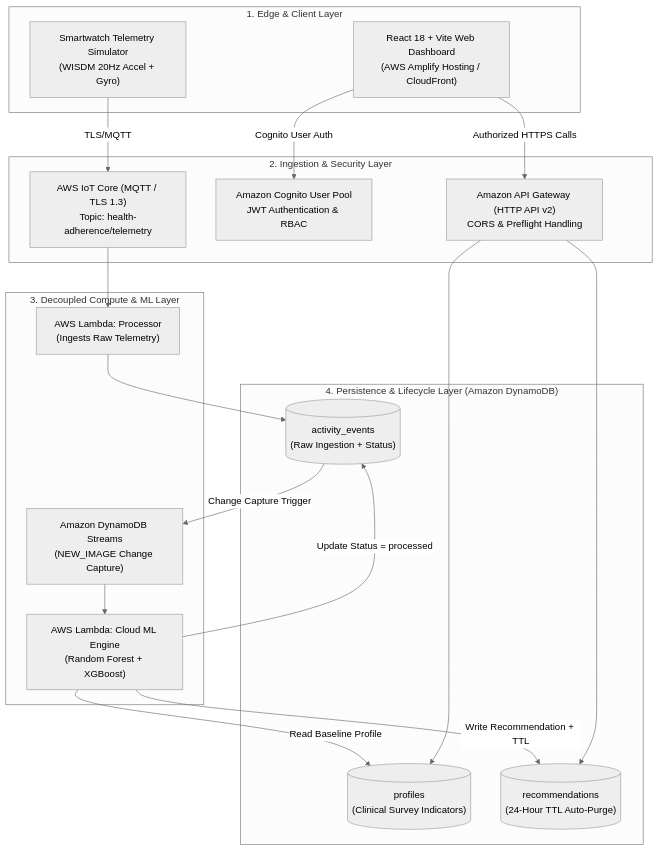
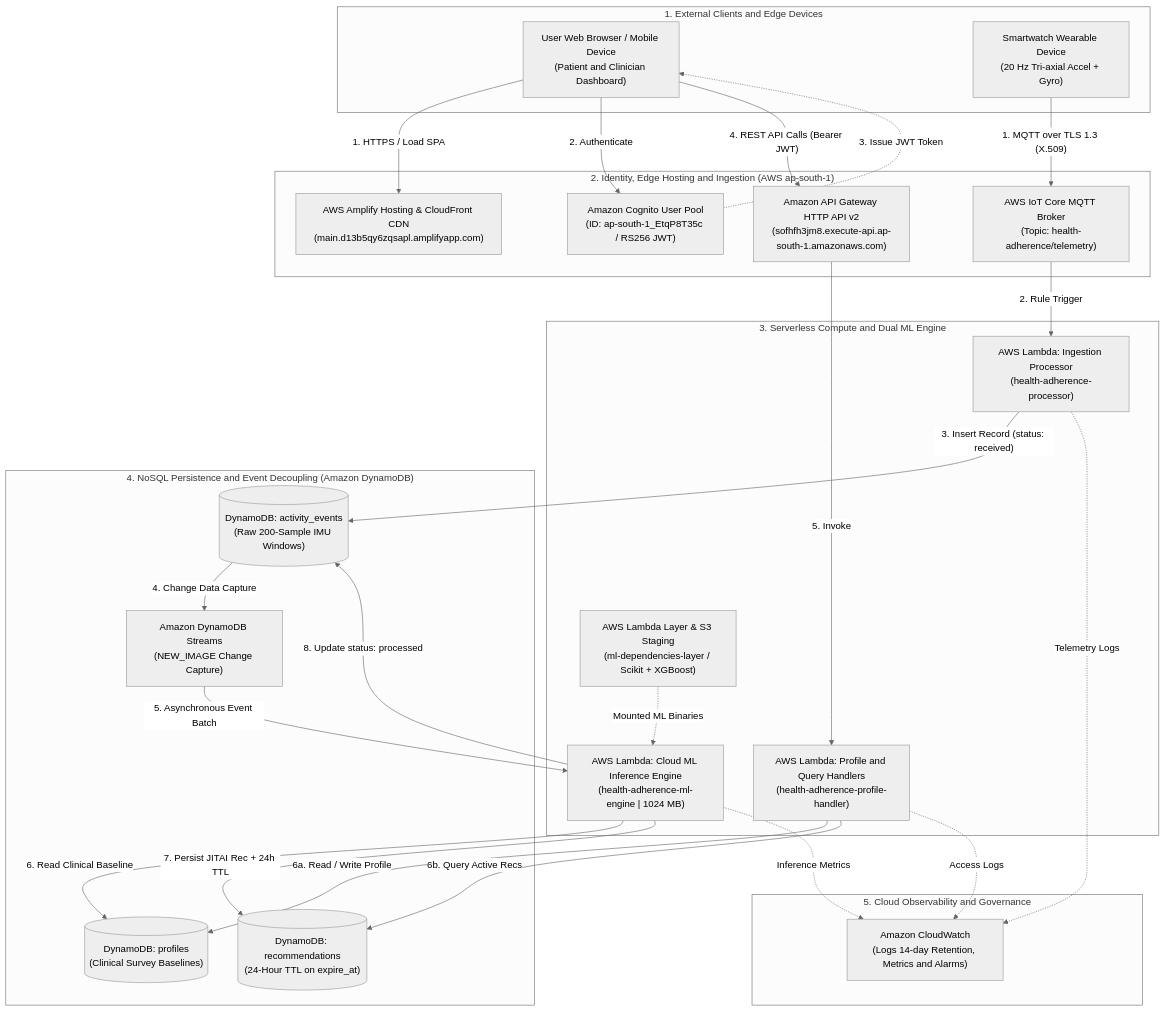
The first of 4 diagrams in docs/FINAL_REVIEW_REPORT.md (keerthika194/Behaviour-Aware-Preventive-Healthcare-Recommendation-System-on-AWS), drawn with Mermaid (neutral theme) before and after one commit. The commit also changed other lines of this file, not shown here.

Commit message:
docs: author Section 5.2 (Cloud Deployment Architecture) and Section 5.3 (Complete System Workflow) with simple and clean Mermaid diagrams and end-to-end explanations

````diff
--- a/docs/FINAL_REVIEW_REPORT.md
+++ b/docs/FINAL_REVIEW_REPORT.md
@@ -349,41 +280,64 @@
 ```mermaid
 flowchart TD
-    subgraph ClientLayer ["1. Edge & Client Layer"]
-        WatchSim["Smartwatch Telemetry Simulator\n(WISDM 20Hz Accel + Gyro)"]
-        SPA["React 18 + Vite Web Dashboard\n(AWS Amplify Hosting / CloudFront)"]
+    %% 1. External Systems & Clients
+    subgraph Clients ["1. External Clients and Edge Devices"]
+        Browser["User Web Browser / Mobile Device<br>(Patient and Clinician Dashboard)"]
+        Smartwatch["Smartwatch Wearable Device<br>(20 Hz Tri-axial Accel + Gyro)"]
     end
 
-    subgraph IngestionLayer ["2. Ingestion & Security Layer"]
-        IoTCore["AWS IoT Core (MQTT / TLS 1.3)\nTopic: health-adherence/telemetry"]
-        Cognito["Amazon Cognito User Pool\nJWT Authentication & RBAC"]
-        APIGW["Amazon API Gateway (HTTP API v2)\nCORS & Preflight Handling"]
+    %% 2. Ingress & Security Gateway
+    subgraph Ingress ["2. Identity, Edge Hosting and Ingestion (AWS ap-south-1)"]
+        Amplify["AWS Amplify Hosting & CloudFront CDN<br>(main.d13b5qy6zqsapl.amplifyapp.com)"]
+        Cognito["Amazon Cognito User Pool<br>(ID: ap-south-1_EtqP8T35c / RS256 JWT)"]
+        APIGW["Amazon API Gateway HTTP API v2<br>(sofhfh3jm8.execute-api.ap-south-1.amazonaws.com)"]
+        IoTCore["AWS IoT Core MQTT Broker<br>(Topic: health-adherence/telemetry)"]
     end
 
-    subgraph ProcessingLayer ["3. Decoupled Compute & ML Layer"]
-        LambdaIngest["AWS Lambda: Processor\n(Ingests Raw Telemetry)"]
-        DDBStreams["Amazon DynamoDB Streams\n(NEW_IMAGE Change Capture)"]
-        LambdaML["AWS Lambda: Cloud ML Engine\n(Random Forest + XGBoost)"]
+    %% 3. Serverless Compute Layer
+    subgraph Compute ["3. Serverless Compute and Dual ML Engine"]
+        LambdaAPI["AWS Lambda: Profile and Query Handlers<br>(health-adherence-profile-handler)"]
+        LambdaIngest["AWS Lambda: Ingestion Processor<br>(health-adherence-processor)"]
+        LambdaML["AWS Lambda: Cloud ML Inference Engine<br>(health-adherence-ml-engine | 1024 MB)"]
+        LayerS3["AWS Lambda Layer & S3 Staging<br>(ml-dependencies-layer / Scikit + XGBoost)"]
     end
 
-    subgraph StorageLayer ["4. Persistence & Lifecycle Layer (Amazon DynamoDB)"]
-        TableEvents[("activity_events\n(Raw Ingestion + Status)")]
-        TableProfiles[("profiles\n(Clinical Survey Indicators)")]
-        TableRecs[("recommendations\n(24-Hour TTL Auto-Purge)")]
+    %% 4. Persistence & Event Streaming
+    subgraph Storage ["4. NoSQL Persistence and Event Decoupling (Amazon DynamoDB)"]
+        TableProfiles[("DynamoDB: profiles<br>(Clinical Survey Baselines)")]
+        TableEvents[("DynamoDB: activity_events<br>(Raw 200-Sample IMU Windows)")]
+        DDBStreams["Amazon DynamoDB Streams<br>(NEW_IMAGE Change Capture)"]
+        TableRecs[("DynamoDB: recommendations<br>(24-Hour TTL on expire_at)")]
     end
 
-    WatchSim -->|TLS/MQTT| IoTCore
-    IoTCore --> LambdaIngest
-    LambdaIngest --> TableEvents
+    %% 5. Observability
+    subgraph Observability ["5. Cloud Observability and Governance"]
+        CloudWatch["Amazon CloudWatch<br>(Logs 14-day Retention, Metrics and Alarms)"]
+    end
 
-    TableEvents -->|Change Capture Trigger| DDBStreams
-    DDBStreams --> LambdaML
+    %% Connections for Flow A (Web Dashboard & Profile Flow)
+    Browser -->|"1. HTTPS / Load SPA"| Amplify
+    Browser -->|"2. Authenticate"| Cognito
+    Cognito -.->|"3. Issue JWT Token"| Browser
+    Browser -->|"4. REST API Calls (Bearer JWT)"| APIGW
+    APIGW -->|"5. Invoke"| LambdaAPI
+    LambdaAPI -->|"6a. Read / Write Profile"| TableProfiles
+    LambdaAPI -->|"6b. Query Active Recs"| TableRecs
 
-    LambdaML -->|Read Baseline Profile| TableProfiles
-    LambdaML -->|Write Recommendation + TTL| TableRecs
-    LambdaML -->|Update Status = processed| TableEvents
+    %% Connections for Flow B (Smartwatch Telemetry Ingestion)
+    Smartwatch -->|"1. MQTT over TLS 1.3 (X.509)"| IoTCore
+    IoTCore -->|"2. Rule Trigger"| LambdaIngest
+    LambdaIngest -->|"3. Insert Record (status: received)"| TableEvents
 
-    SPA -->|Cognito User Auth| Cognito
-    SPA -->|Authorized HTTPS Calls| APIGW
-    APIGW --> TableProfiles
-    APIGW --> TableRecs
+    %% Connections for Flow C (Decoupled Stream ML Inference - Pattern B)
+    TableEvents -->|"4. Change Data Capture"| DDBStreams
+    DDBStreams -->|"5. Asynchronous Event Batch"| LambdaML
+    LayerS3 -.->|"Mounted ML Binaries"| LambdaML
+    LambdaML -->|"6. Read Clinical Baseline"| TableProfiles
+    LambdaML -->|"7. Persist JITAI Rec + 24h TTL"| TableRecs
+    LambdaML -->|"8. Update status: processed"| TableEvents
+
+    %% Observability Connections
+    LambdaIngest -.->|"Telemetry Logs"| CloudWatch
+    LambdaML -.->|"Inference Metrics"| CloudWatch
+    LambdaAPI -.->|"Access Logs"| CloudWatch
 ```
````
